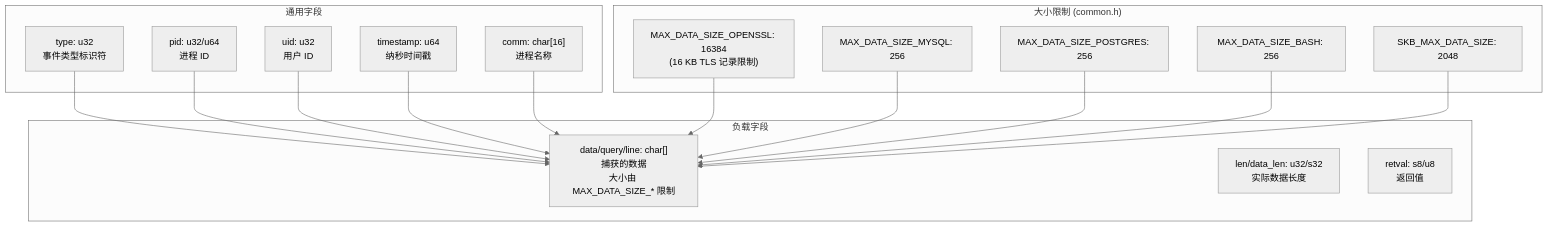
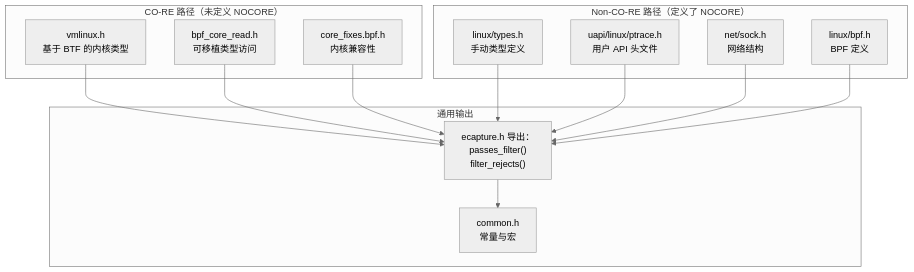
The second of 7 diagrams in src/zh/5-development-guide/5.2.1-ebpf-program-structure.md (gojue/ecapture.cc), drawn with Mermaid (neutral theme) before and after one commit. The commit also changed other lines of this file and 115 other files, not shown here.

````diff
--- a/src/zh/5-development-guide/5.2.1-ebpf-program-structure.md
+++ b/src/zh/5-development-guide/5.2.1-ebpf-program-structure.md
@@ -246,35 +89,31 @@
 ```mermaid
 graph TB
-    subgraph "通用字段"
-        F1["type: u32<br/>事件类型标识符"]
-        F2["pid: u32/u64<br/>进程 ID"]
-        F3["uid: u32<br/>用户 ID"]
-        F4["timestamp: u64<br/>纳秒时间戳"]
-        F5["comm: char[16]<br/>进程名称"]
+    subgraph "CO-RE 路径（未定义 NOCORE）"
+        VMLINUX["vmlinux.h<br/>基于 BTF 的内核类型"]
+        BPF_CORE["bpf_core_read.h<br/>可移植类型访问"]
+        CORE_FIXES["core_fixes.bpf.h<br/>内核兼容性"]
     end
     
-    subgraph "负载字段"
-        P1["data/query/line: char[]<br/>捕获的数据<br/>大小由 MAX_DATA_SIZE_* 限制"]
-        P2["len/data_len: u32/s32<br/>实际数据长度"]
-        P3["retval: s8/u8<br/>返回值"]
+    subgraph "Non-CO-RE 路径（定义了 NOCORE）"
+        LINUX_TYPES["linux/types.h<br/>手动类型定义"]
+        UAPI["uapi/linux/ptrace.h<br/>用户 API 头文件"]
+        NET_SOCK["net/sock.h<br/>网络结构"]
+        LINUX_BPF["linux/bpf.h<br/>BPF 定义"]
     end
     
-    subgraph "大小限制 (common.h)"
-        L1["MAX_DATA_SIZE_OPENSSL: 16384<br/>(16 KB TLS 记录限制)"]
-        L2["MAX_DATA_SIZE_MYSQL: 256"]
-        L3["MAX_DATA_SIZE_POSTGRES: 256"]
-        L4["MAX_DATA_SIZE_BASH: 256"]
-        L5["SKB_MAX_DATA_SIZE: 2048"]
+    subgraph "通用输出"
+        ECAPTURE["ecapture.h 导出：<br/>passes_filter()<br/>filter_rejects()"]
+        COMMON["common.h<br/>常量与宏"]
     end
     
-    F1 --> P1
-    F2 --> P1
-    F3 --> P1
-    F4 --> P1
-    F5 --> P1
-    L1 --> P1
-    L2 --> P1
-    L3 --> P1
-    L4 --> P1
-    L5 --> P1
+    VMLINUX --> ECAPTURE
+    BPF_CORE --> ECAPTURE
+    CORE_FIXES --> ECAPTURE
+    
+    LINUX_TYPES --> ECAPTURE
+    UAPI --> ECAPTURE
+    NET_SOCK --> ECAPTURE
+    LINUX_BPF --> ECAPTURE
+    
+    ECAPTURE --> COMMON
 ```
````
